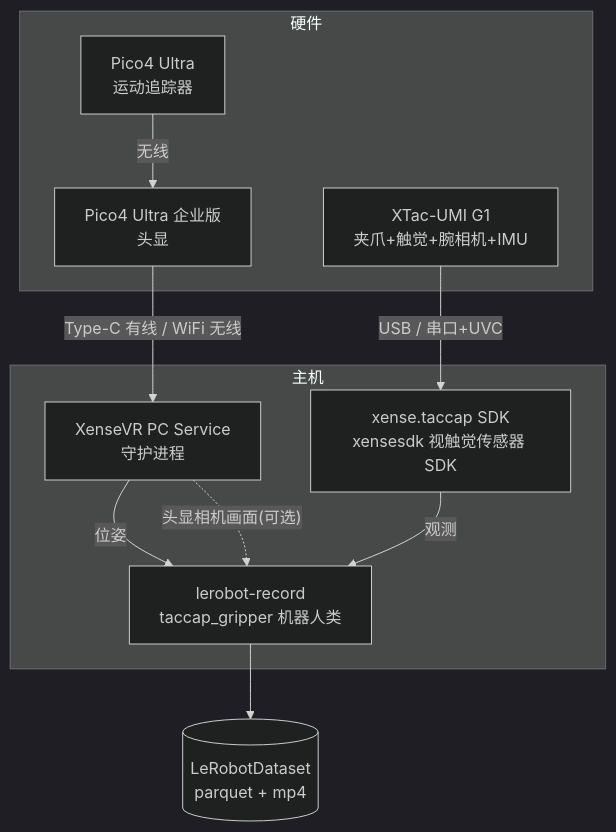
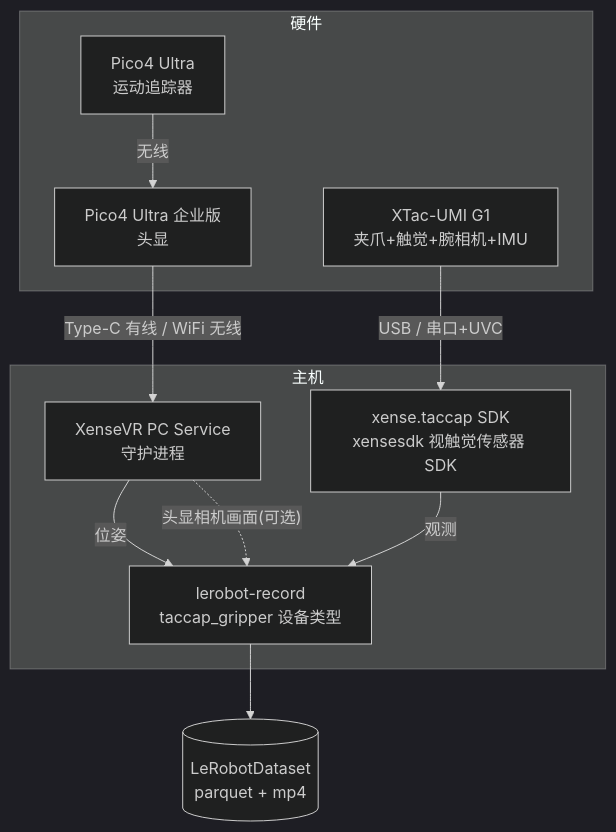
Before and after one commit to Vertax42/taccap-gripper-docs: the first of 2 diagrams in docs/01-overview.md, drawn with Mermaid (dark theme). The commit also changed other lines of this file and 16 other files, not shown here.

````diff
--- a/docs/01-overview.md
+++ b/docs/01-overview.md
@@ -31,20 +30,20 @@
 ```mermaid
 flowchart TB
     subgraph 硬件
       G[XTac-UMI G1<br/>夹爪+触觉+腕相机+IMU]
       T[Pico4 Ultra<br/>运动追踪器]
       H[Pico4 Ultra 企业版<br/>头显]
     end
     subgraph 主机
       PS[XenseVR PC Service<br/>守护进程]
       SDK[xense.taccap SDK<br/>xensesdk 视触觉传感器 SDK]
-      LR[lerobot-record<br/>taccap_gripper 机器人类]
+      LR[lerobot-record<br/>taccap_gripper 设备类型]
     end
     G -- USB / 串口+UVC --> SDK
     T -- 无线 --> H
     H -- Type-C 有线 / WiFi 无线 --> PS
     PS -- 位姿 --> LR
     PS -. 头显相机画面(可选) .-> LR
     SDK -- 观测 --> LR
     LR --> DS[(LeRobotDataset<br/>parquet + mp4)]
 ```
````
